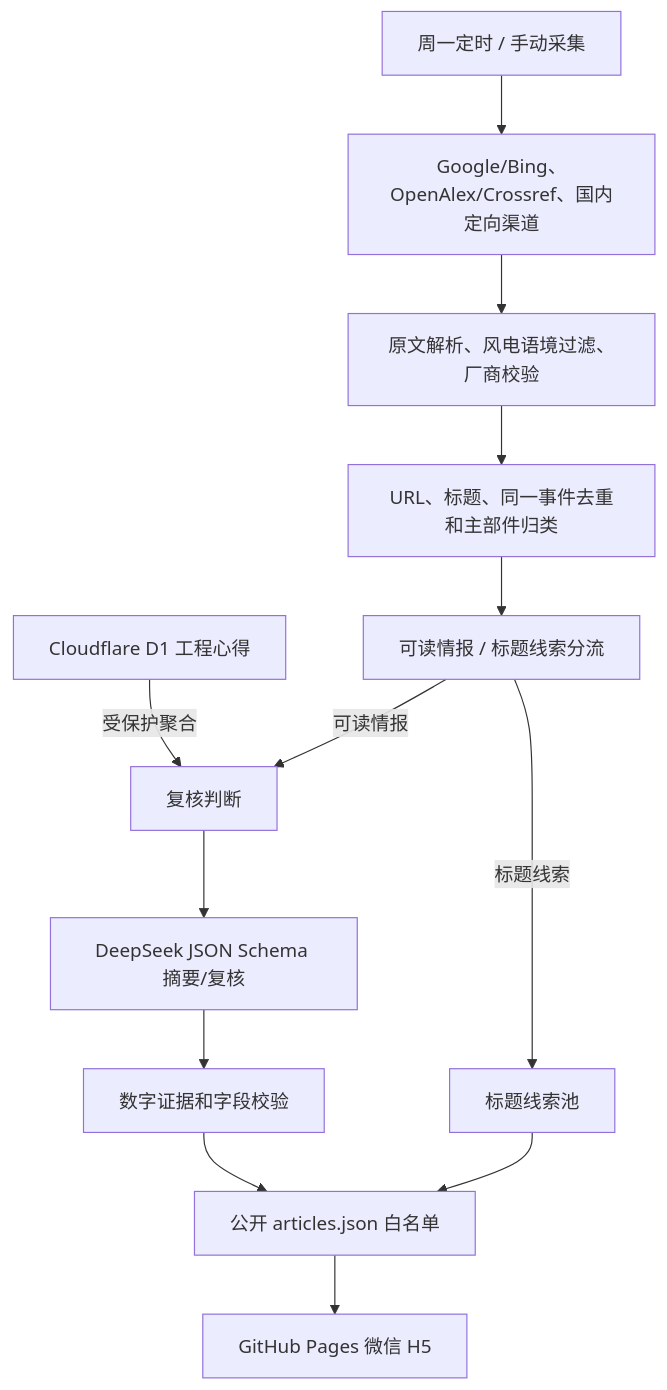
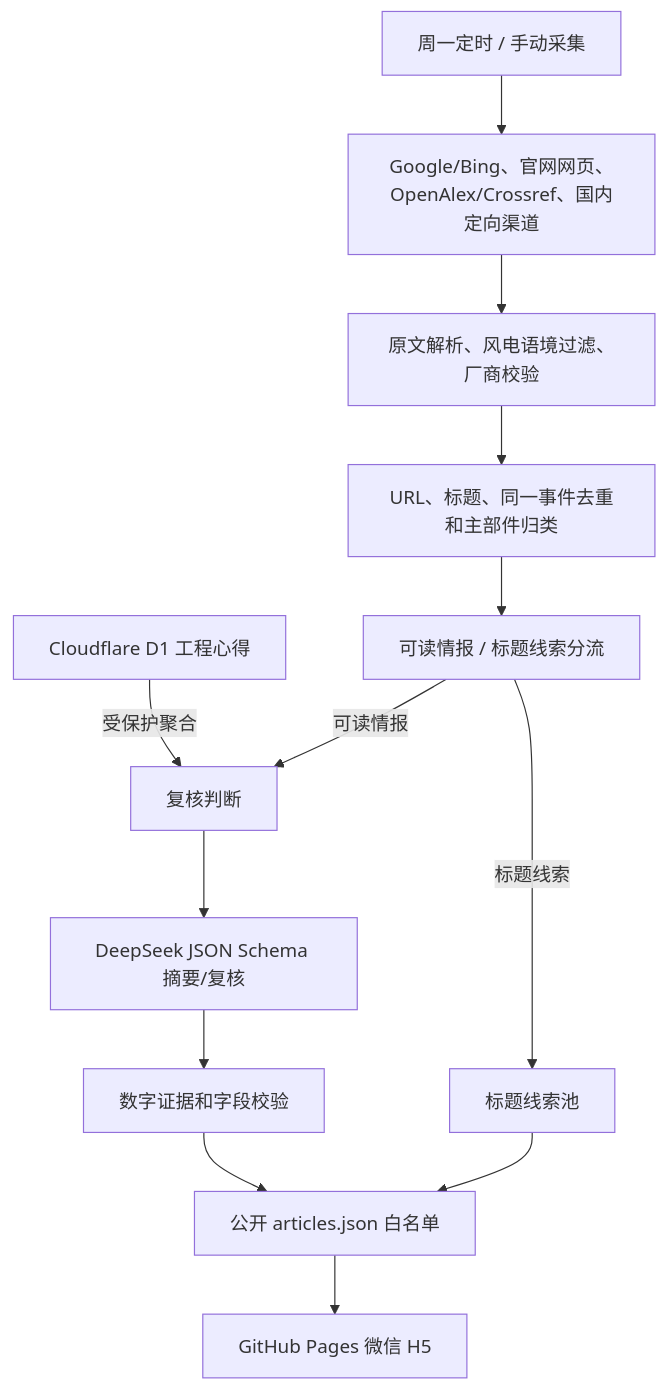
Before and after one commit to WxF5ve/wind-drivetrain-intelligence: the diagram in HUNDOFF.md, drawn with Mermaid. The commit also changed other lines of this file and 16 other files, not shown here.

````diff
--- a/HUNDOFF.md
+++ b/HUNDOFF.md
@@ -208,15 +210,15 @@
 ```mermaid
 flowchart TD
-    A["周一定时 / 手动采集"] --> B["Google/Bing、OpenAlex/Crossref、国内定向渠道"]
+    A["周一定时 / 手动采集"] --> B["Google/Bing、官网网页、OpenAlex/Crossref、国内定向渠道"]
     B --> C["原文解析、风电语境过滤、厂商校验"]
     C --> D["URL、标题、同一事件去重和主部件归类"]
     D --> E["可读情报 / 标题线索分流"]
     E -->|"标题线索"| L["标题线索池"]
     F["Cloudflare D1 工程心得"] -->|"受保护聚合"| G["复核判断"]
     E -->|"可读情报"| G
     G --> H["DeepSeek JSON Schema 摘要/复核"]
     H --> I["数字证据和字段校验"]
     I --> J["公开 articles.json 白名单"]
     L --> J
     J --> K["GitHub Pages 微信 H5"]
 ```
````
